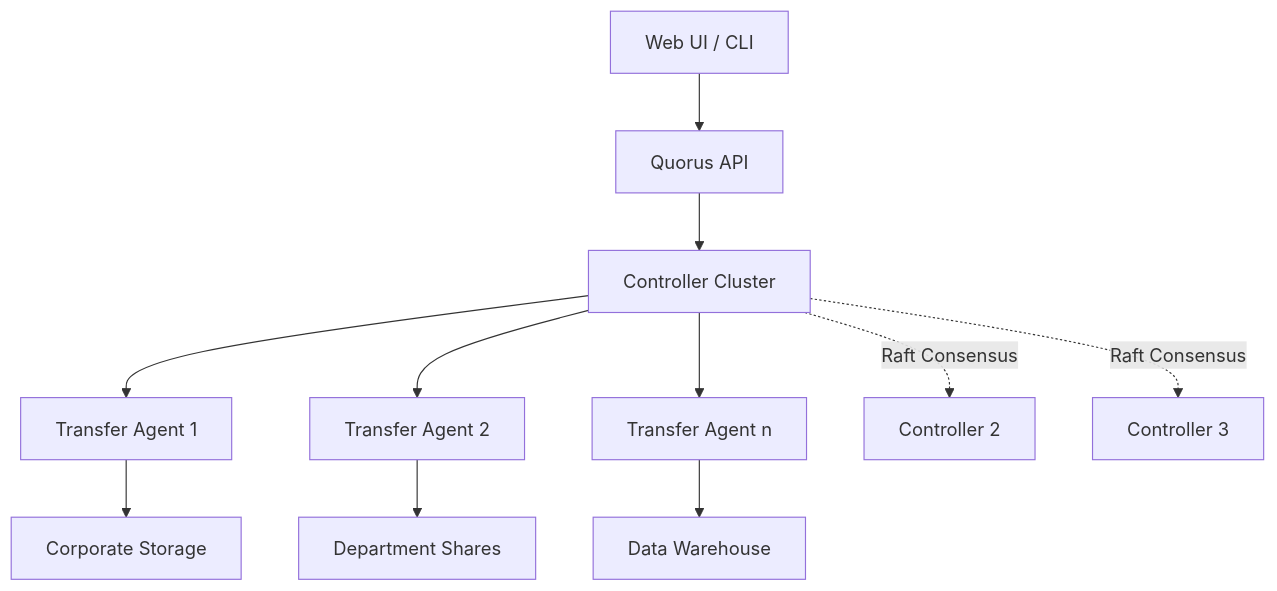
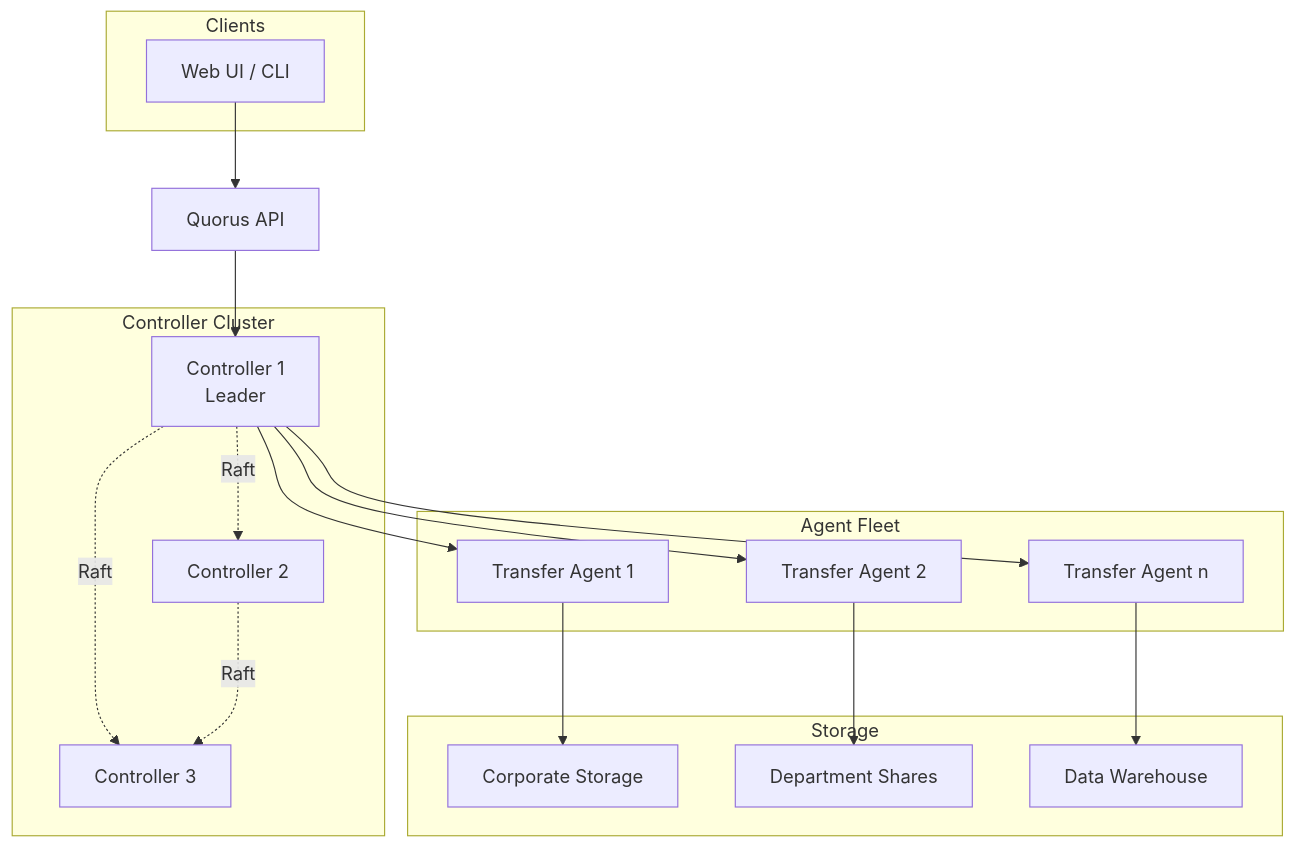
One commit to mraysmit/quorus changed the first of 10 diagrams in docs/QUORUS_USER_GUIDE.md. Above: the diagram before and after it, drawn with Mermaid. The commit also changed other lines of this file and 4 other files, not shown here.

````diff
--- a/docs/QUORUS_USER_GUIDE.md
+++ b/docs/QUORUS_USER_GUIDE.md
@@ -1106,15 +1118,39 @@
 ```mermaid
 graph TB
-    UI[Web UI / CLI] --> API[Quorus API]
-    API --> Controller[Controller Cluster]
-    Controller --> Agent1[Transfer Agent 1]
-    Controller --> Agent2[Transfer Agent 2]
-    Controller --> AgentN[Transfer Agent n]
+    subgraph "Clients"
+        UI[Web UI / CLI]
+    end
     
-    Controller -.->|Raft Consensus| Controller2[Controller 2]
-    Controller -.->|Raft Consensus| Controller3[Controller 3]
+    UI --> API[Quorus API]
     
-    Agent1 --> Storage1[Corporate Storage]
-    Agent2 --> Storage2[Department Shares]
-    AgentN --> StorageN[Data Warehouse]
+    subgraph "Controller Cluster"
+        Controller[Controller 1<br/>Leader]
+        Controller2[Controller 2]
+        Controller3[Controller 3]
+        Controller -.->|Raft| Controller2
+        Controller -.->|Raft| Controller3
+        Controller2 -.->|Raft| Controller3
+    end
+    
+    API --> Controller
+    
+    subgraph "Agent Fleet"
+        Agent1[Transfer Agent 1]
+        Agent2[Transfer Agent 2]
+        AgentN[Transfer Agent n]
+    end
+    
+    Controller --> Agent1
+    Controller --> Agent2
+    Controller --> AgentN
+    
+    subgraph "Storage"
+        Storage1[Corporate Storage]
+        Storage2[Department Shares]
+        StorageN[Data Warehouse]
+    end
+    
+    Agent1 --> Storage1
+    Agent2 --> Storage2
+    AgentN --> StorageN
 ```
````
